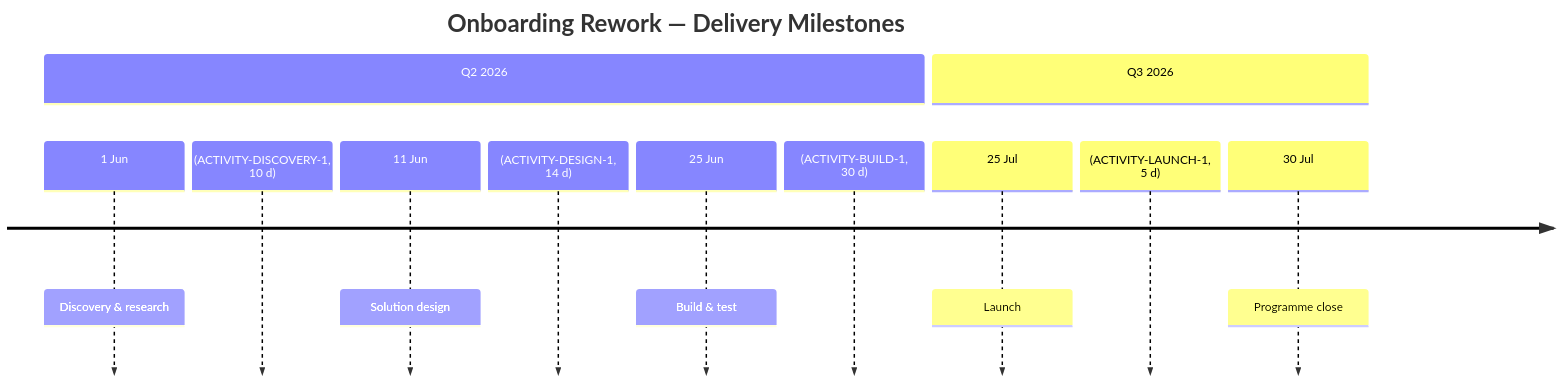
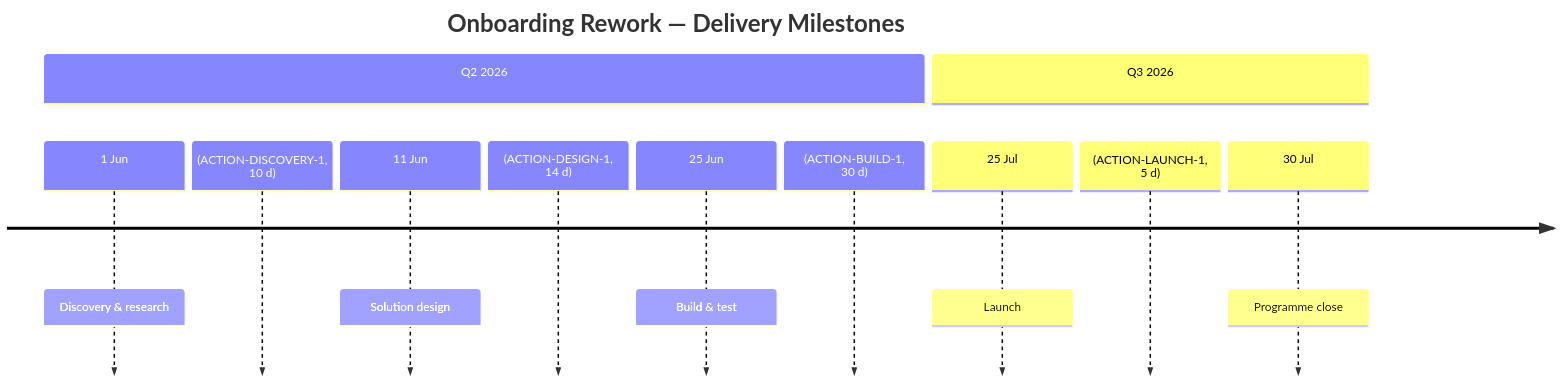
Before and after one commit to transitrix/acme-corp: the diagram in canon/views/timeline/onboarding-rework.timeline.md, drawn with Mermaid. The commit also changed other lines of this file and 32 other files, not shown here.

First line of the commit message:
feat(action): rename ACTIVITY→ACTION across acme_corp worked examples

````diff
--- a/canon/views/timeline/onboarding-rework.timeline.md
+++ b/canon/views/timeline/onboarding-rework.timeline.md
@@ -34,15 +34,15 @@
 ```mermaid
 timeline
     title Onboarding Rework — Delivery Milestones
     section Q2 2026
         1 Jun : Discovery & research
-                (ACTIVITY-DISCOVERY-1, 10 d)
+                (ACTION-DISCOVERY-1, 10 d)
         11 Jun : Solution design
-                 (ACTIVITY-DESIGN-1, 14 d)
+                 (ACTION-DESIGN-1, 14 d)
         25 Jun : Build & test
-                 (ACTIVITY-BUILD-1, 30 d)
+                 (ACTION-BUILD-1, 30 d)
     section Q3 2026
         25 Jul : Launch
-                 (ACTIVITY-LAUNCH-1, 5 d)
+                 (ACTION-LAUNCH-1, 5 d)
         30 Jul : Programme close
 ```
````
